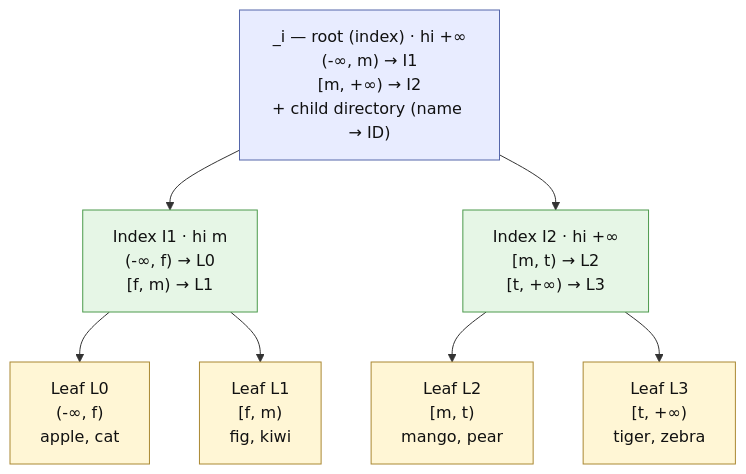
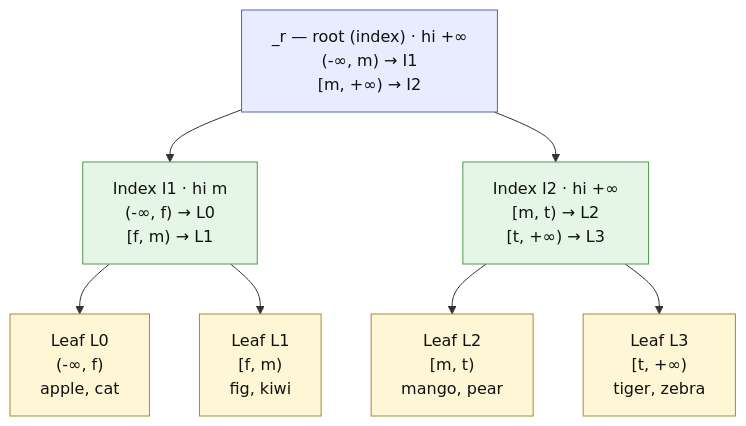
The fourth of 5 diagrams in docs/designs/dynamic-range-sharding.md (mbrt/glassdb-rs), drawn with Mermaid before and after one commit. The commit also changed other lines of this file and 33 other files, not shown here.

````diff
--- a/docs/designs/dynamic-range-sharding.md
+++ b/docs/designs/dynamic-range-sharding.md
@@ -179,19 +184,19 @@
 ```mermaid
 graph TD
-    Root["_i — root (index) · hi +∞<br/>(-∞, m) → I1<br/>[m, +∞) → I2<br/>+ child directory (name → ID)"]
+    Root["_r — root (index) · hi +∞<br/>(-∞, m) → I1<br/>[m, +∞) → I2"]
 
     Root --> I1["Index I1 · hi m<br/>(-∞, f) → L0<br/>[f, m) → L1"]
     Root --> I2["Index I2 · hi +∞<br/>[m, t) → L2<br/>[t, +∞) → L3"]
 
     I1 --> L0["Leaf L0<br/>(-∞, f)<br/>apple, cat"]
     I1 --> L1["Leaf L1<br/>[f, m)<br/>fig, kiwi"]
     I2 --> L2["Leaf L2<br/>[m, t)<br/>mango, pear"]
     I2 --> L3["Leaf L3<br/>[t, +∞)<br/>tiger, zebra"]
 
     classDef root fill:#e8ecff,stroke:#5566aa,color:#111
     classDef index fill:#e6f6e6,stroke:#4c9a4c,color:#111
     classDef leaf fill:#fff6d5,stroke:#aa8833,color:#111
     class Root root
     class I1,I2 index
     class L0,L1,L2,L3 leaf
 ```
````
